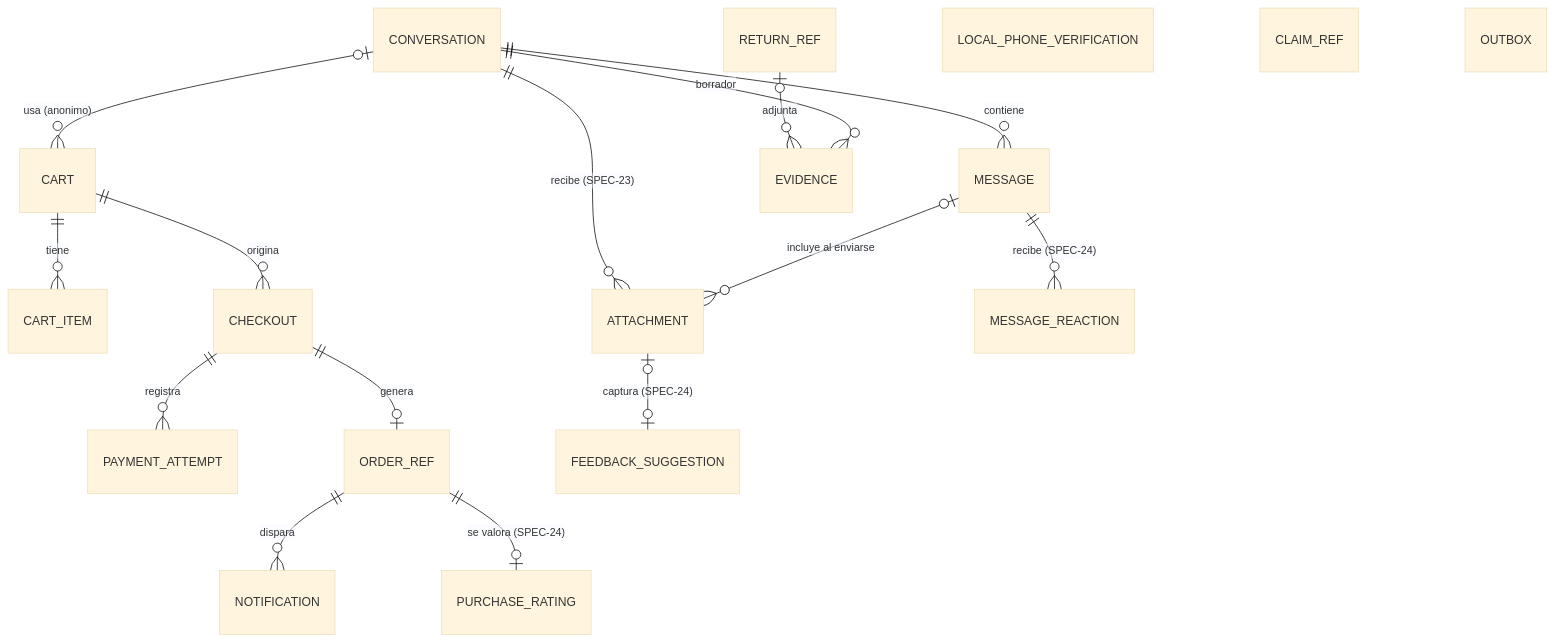
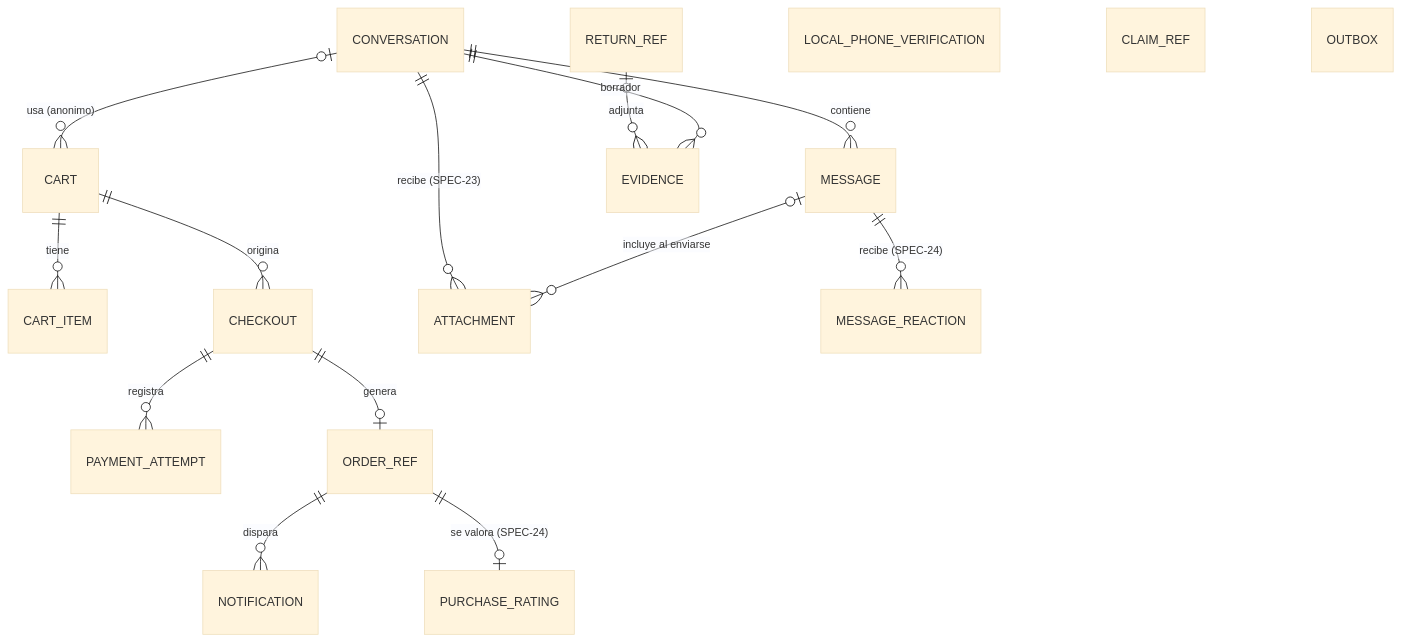
One commit to Taller-SW-Web/G3-Chatbot-specs changed the diagram in docs/modelo-datos.md. Above: the diagram before and after it, drawn with Mermaid (base theme). The commit also changed other lines of this file and 8 other files, not shown here.

Commit message:
docs(specs): align SPEC-24 with attachment option B and review fixes

````diff
--- a/docs/modelo-datos.md
+++ b/docs/modelo-datos.md
@@ -34,20 +34,19 @@
 ```mermaid
 erDiagram
     CONVERSATION ||--o{ MESSAGE : contiene
     CONVERSATION |o--o{ CART : "usa (anonimo)"
     CART ||--o{ CART_ITEM : tiene
     CART ||--o{ CHECKOUT : origina
     CHECKOUT ||--o{ PAYMENT_ATTEMPT : registra
     CHECKOUT ||--o| ORDER_REF : genera
     ORDER_REF ||--o{ NOTIFICATION : dispara
     RETURN_REF |o--o{ EVIDENCE : adjunta
     CONVERSATION ||--o{ EVIDENCE : borrador
     CONVERSATION ||--o{ ATTACHMENT : "recibe (SPEC-23)"
     MESSAGE |o--o{ ATTACHMENT : "incluye al enviarse"
     MESSAGE ||--o{ MESSAGE_REACTION : "recibe (SPEC-24)"
     ORDER_REF ||--o| PURCHASE_RATING : "se valora (SPEC-24)"
-    ATTACHMENT |o--o| FEEDBACK_SUGGESTION : "captura (SPEC-24)"
     LOCAL_PHONE_VERIFICATION
     CLAIM_REF
     OUTBOX
 ```
````
